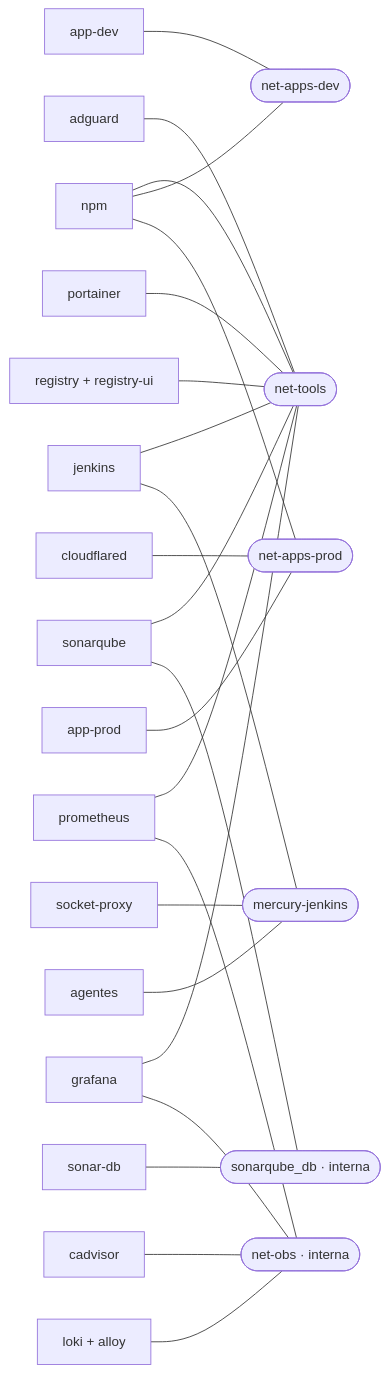
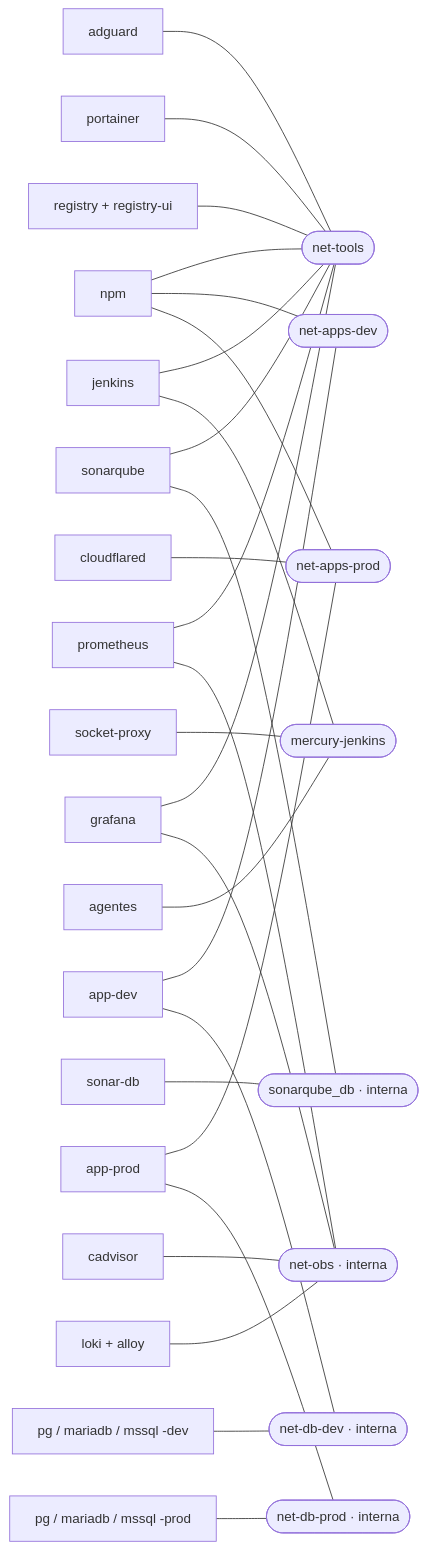
Before and after one commit to TorresMBA/mercury-devops-lab: the first of 5 diagrams in docs/arquitectura/07-redes-y-dns.md, drawn with Mermaid. The commit also changed other lines of this file and 25 other files, not shown here.

````diff
--- a/docs/arquitectura/07-redes-y-dns.md
+++ b/docs/arquitectura/07-redes-y-dns.md
@@ -22,49 +25,57 @@
 ```mermaid
 flowchart LR
   NT(["net-tools"])
   ND(["net-apps-dev"])
   NP(["net-apps-prod"])
   NO(["net-obs · interna"])
   NJ(["mercury-jenkins"])
   NDB(["sonarqube_db · interna"])
+  NBD(["net-db-dev · interna"])
+  NBP(["net-db-prod · interna"])
 
   npm["npm"]
   adguard["adguard"]
   portainer["portainer"]
   registry["registry + registry-ui"]
   jenkins["jenkins"]
   proxy["socket-proxy"]
   agent["agentes"]
   sonar["sonarqube"]
   db["sonar-db"]
   prom["prometheus"]
   cadv["cadvisor"]
   loki["loki + alloy"]
   graf["grafana"]
   cfd["cloudflared"]
   appdev["app-dev"]
   appprod["app-prod"]
+  dbdev["pg / mariadb / mssql -dev"]
+  dbprod["pg / mariadb / mssql -prod"]
 
   npm --- NT
   npm --- ND
   npm --- NP
   adguard --- NT
   portainer --- NT
   registry --- NT
   jenkins --- NT
   jenkins --- NJ
   proxy --- NJ
   agent --- NJ
   sonar --- NT
   sonar --- NDB
   db --- NDB
   prom --- NT
   prom --- NO
   cadv --- NO
   loki --- NO
   graf --- NT
   graf --- NO
   cfd --- NP
   appdev --- ND
   appprod --- NP
+  appdev --- NBD
+  dbdev --- NBD
+  appprod --- NBP
+  dbprod --- NBP
 ```
````
